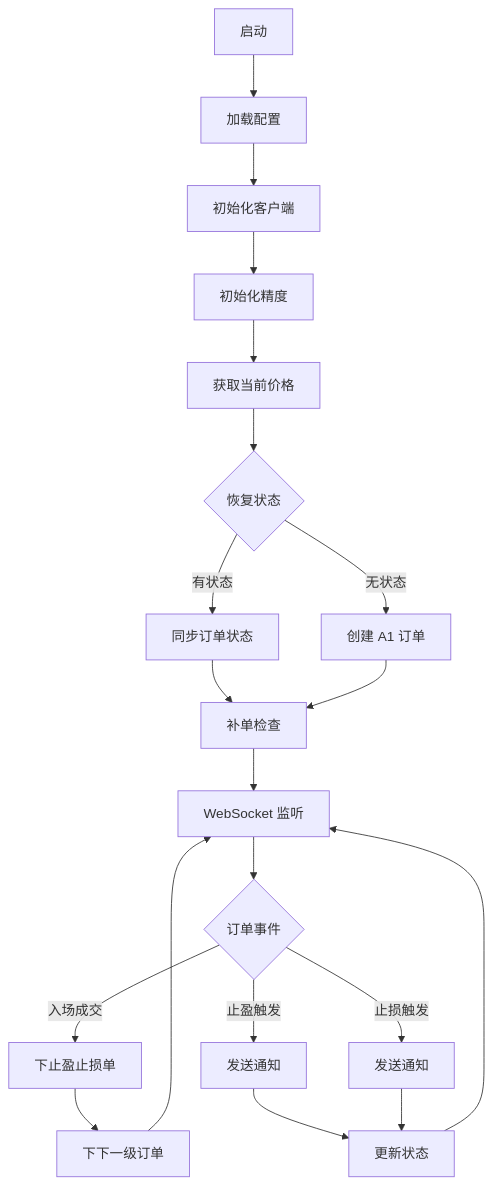
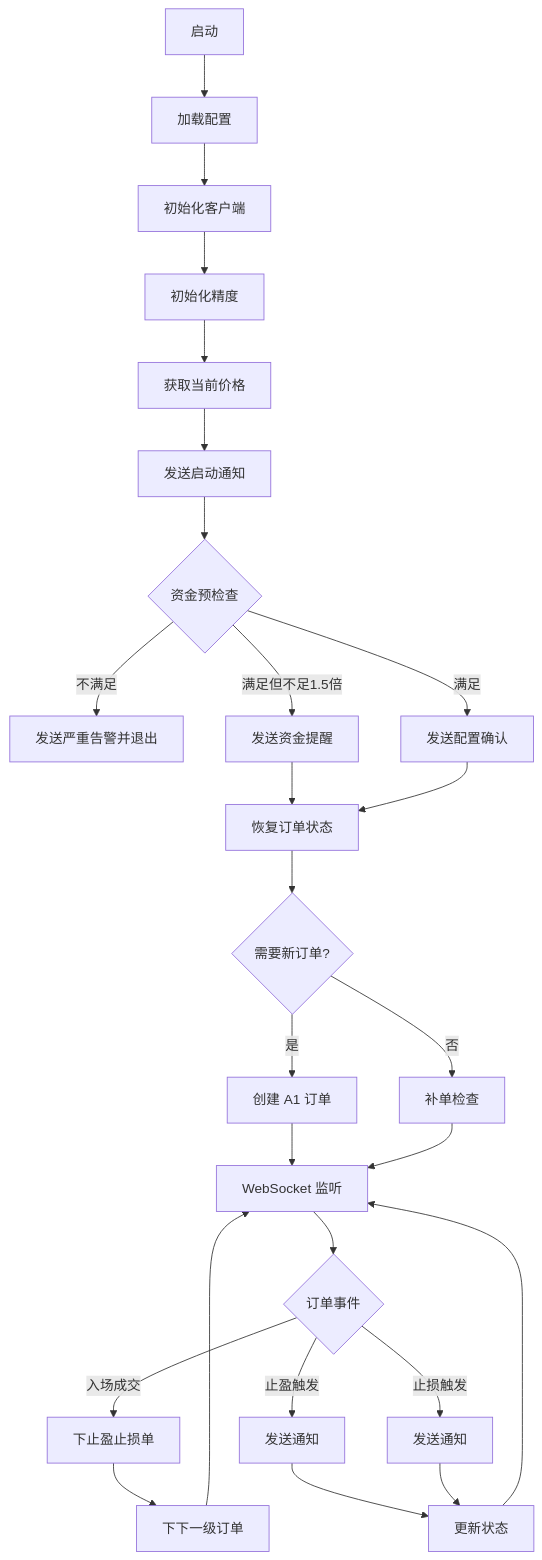
The second of 7 diagrams in docs/binance_live_design.md (liupeng-hub/T_autofish_bot_v2), drawn with Mermaid before and after one commit. The commit also changed other lines of this file, not shown here.

````diff
--- a/docs/binance_live_design.md
+++ b/docs/binance_live_design.md
@@ -166,22 +169,28 @@
 ```mermaid
 flowchart TD
     A[启动] --> B[加载配置]
     B --> C[初始化客户端]
-    C --> D[初始化精度]
-    D --> E[获取当前价格]
-    E --> F{恢复状态}
-    F -->|有状态| G[同步订单状态]
-    F -->|无状态| H[创建 A1 订单]
-    G --> I[补单检查]
-    H --> I
-    I --> J[WebSocket 监听]
-    J --> K{订单事件}
-    K -->|入场成交| L[下止盈止损单]
-    K -->|止盈触发| M[发送通知]
-    K -->|止损触发| N[发送通知]
-    L --> O[下下一级订单]
-    M --> P[更新状态]
-    N --> P
-    O --> J
-    P --> J
+        C --> D[初始化精度]
+        D --> E[获取当前价格]
+        E --> F[发送启动通知]
+        F --> G{资金预检查}
+        G -->|不满足| H[发送严重告警并退出]
+        G -->|满足但不足1.5倍| I[发送资金提醒]
+        G -->|满足| J[发送配置确认]
+        I --> K[恢复订单状态]
+        J --> K
+        K --> L{需要新订单?}
+        L -->|是| M[创建 A1 订单]
+        L -->|否| N[补单检查]
+        M --> O[WebSocket 监听]
+        N --> O
+        O --> P{订单事件}
+        P -->|入场成交| Q[下止盈止损单]
+        P -->|止盈触发| R[发送通知]
+        P -->|止损触发| S[发送通知]
+        Q --> T[下下一级订单]
+        R --> U[更新状态]
+        S --> U
+        T --> O
+        U --> O
 ```
````
